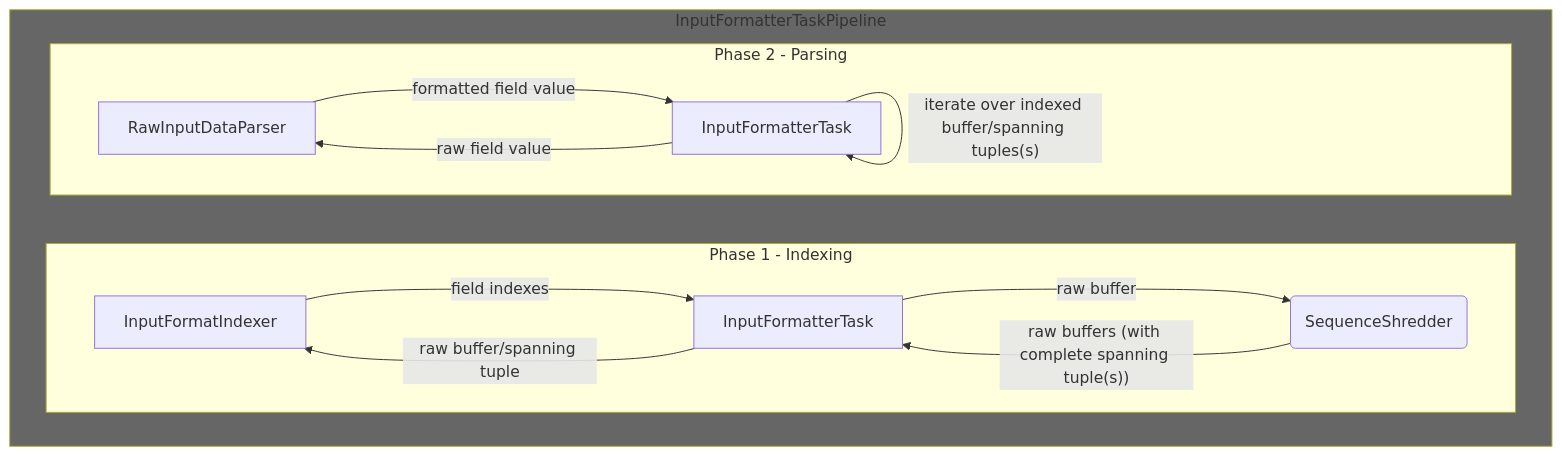
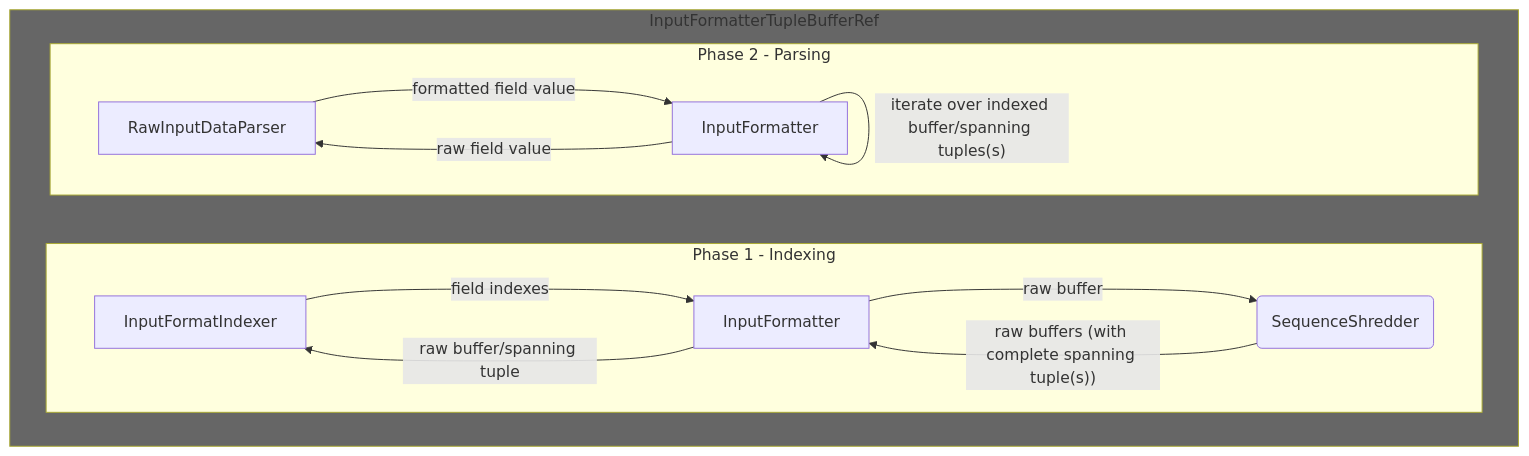
Before and after one commit to nebulastream/nebulastream: the second of 3 diagrams in nes-input-formatters/README.md, drawn with Mermaid. The commit also changed other lines of this file and 54 other files, not shown here.

````diff
--- a/nes-input-formatters/README.md
+++ b/nes-input-formatters/README.md
@@ -137,21 +137,21 @@
 ```mermaid
 flowchart TB
-    subgraph InputFormatterTaskPipeline
+    subgraph InputFormatterTupleBufferRef
         subgraph Phase 1 - Indexing
             direction LR
-            B[InputFormatIndexer] --->|field indexes| A(InputFormatterTask)
-            A[InputFormatterTask] --->|raw buffer/spanning tuple| B(InputFormatIndexer)
-            C[InputFormatterTask] --->|" raw buffers (with complete spanning tuple(s)) "| A(SequenceShredder)
-            A[InputFormatterTask] --->|raw buffer| C(SequenceShredder)
+            B[InputFormatIndexer] --->|field indexes| A(InputFormatter)
+            A[InputFormatter] --->|raw buffer/spanning tuple| B(InputFormatIndexer)
+            C[InputFormatter] --->|" raw buffers (with complete spanning tuple(s)) "| A(SequenceShredder)
+            A[InputFormatter] --->|raw buffer| C(SequenceShredder)
             B[InputFormatIndexer]
         end
         subgraph "Phase 2 - Parsing"
             direction LR
-            N[InputFormatterTask] --->|formatted field value| M(RawInputDataParser)
-            M[InputFormatterTask] --->|raw field value| N(RawInputDataParser)
+            N[InputFormatter] --->|formatted field value| M(RawInputDataParser)
+            M[InputFormatter] --->|raw field value| N(RawInputDataParser)
             M --->|" iterate over indexed buffer/spanning tuples(s) "| M
             N[RawInputDataParser]
         end
-        style InputFormatterTaskPipeline fill: #666666
+        style InputFormatterTupleBufferRef fill: #666666
     end
 ```
````
